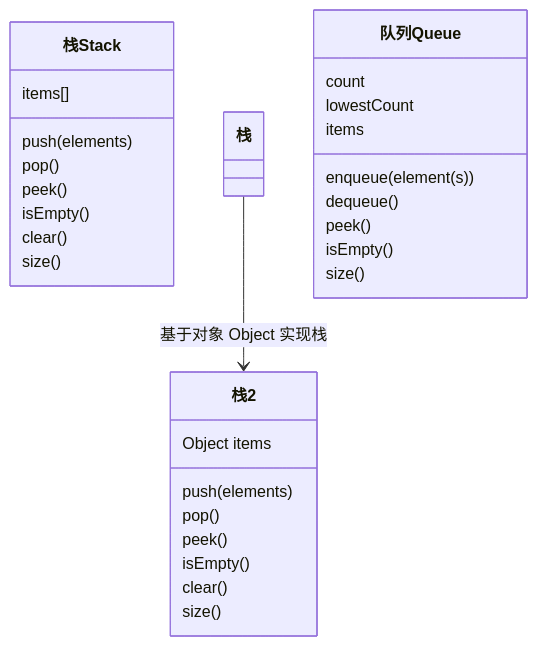
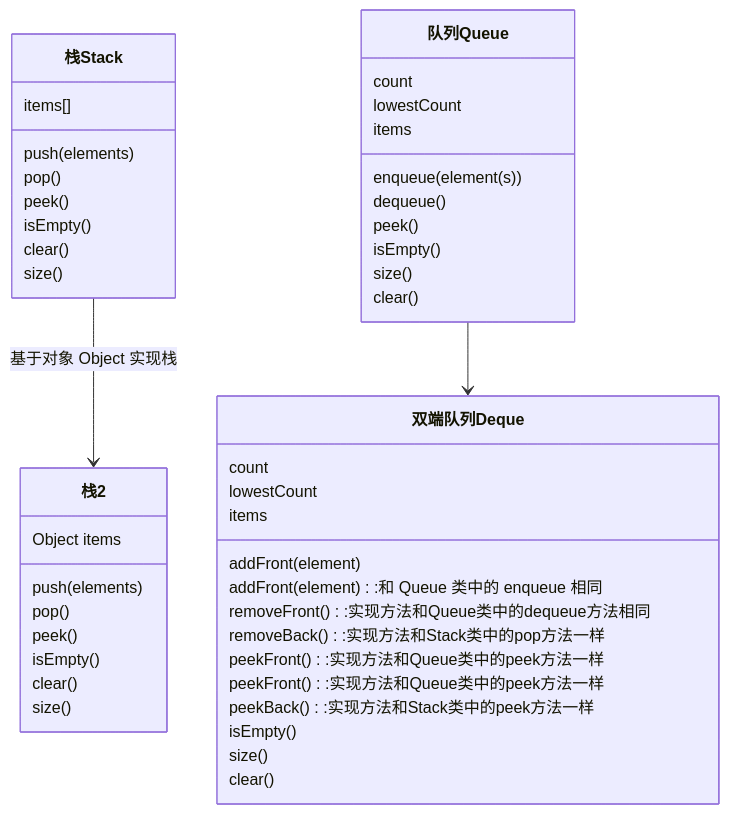
One commit to mofenusers/mention changed the diagram in 前端知识/语言知识/数据结构与算法/数据结构.md. Above: the diagram before and after it, drawn with Mermaid.

Commit message:
auto sync by git

````diff
--- a/前端知识/语言知识/数据结构与算法/数据结构.md
+++ b/前端知识/语言知识/数据结构与算法/数据结构.md
@@ -6,34 +6,52 @@
 ```mermaid
 classDiagram
 class 栈 Stack {
 items[]
 push(elements)
 pop()
 peek()
 isEmpty()
 clear()
 size()
 }
 
 class 栈 2 {
 Object items
 push(elements)
 pop()
 peek()
 isEmpty()
 clear()
 size()
 }
-栈 --> 栈 2 : 基于对象 Object 实现栈
+栈 Stack --> 栈 2 : 基于对象 Object 实现栈
 
 class 队列 Queue {
 count
 lowestCount
 items
 enqueue(element(s))
 dequeue()
 peek()
  isEmpty()
  size()
+clear()
 }
+class 双端队列 Deque {
+count
+lowestCount
+items
+addFront(element)
+addFront(element):和 Queue 类中的 enqueue 相同
+removeFront():实现方法和Queue类中的dequeue方法相同
+removeBack():实现方法和Stack类中的pop方法一样
+peekFront():实现方法和Queue类中的peek方法一样
+peekFront():实现方法和Queue类中的peek方法一样
+peekBack():实现方法和Stack类中的peek方法一样
+isEmpty()
+size()
+clear()
+}
+
+队列 Queue --> 双端队列 Deque 
 ```
````
